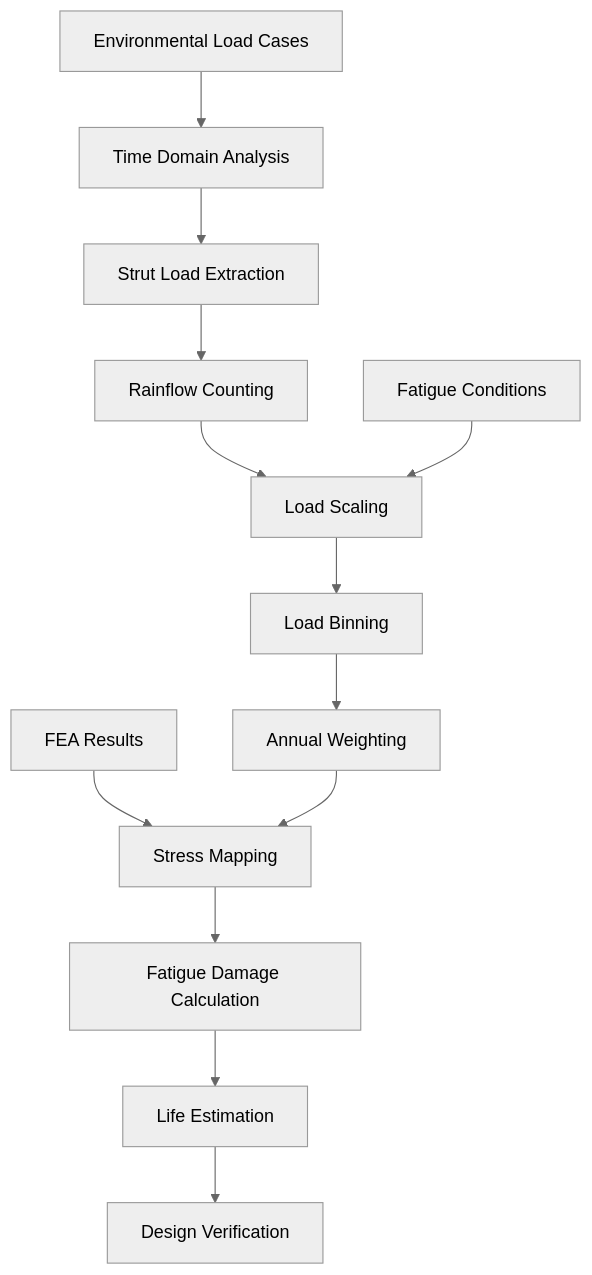
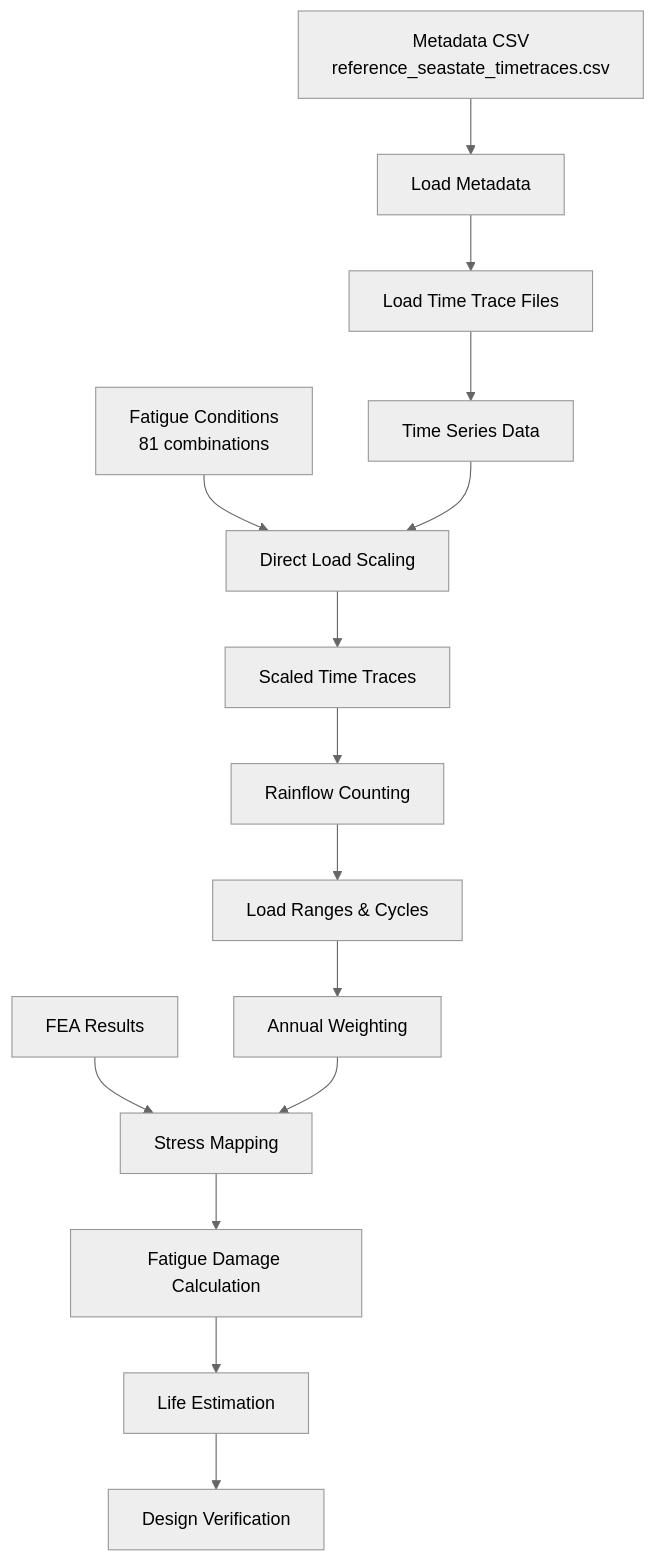
Before and after one commit to vamseeachanta/digitalmodel: the diagram in specs/modules/fatigue-analysis/strut-foundation-rainflow/spec.md, drawn with Mermaid (neutral theme). The commit also changed other lines of this file and 9 other files, not shown here.

First line of the commit message:
feat: Add strut foundation fatigue analysis spec with rainflow counting

````diff
--- a/specs/modules/fatigue-analysis/strut-foundation-rainflow/spec.md
+++ b/specs/modules/fatigue-analysis/strut-foundation-rainflow/spec.md
@@ -52,15 +100,17 @@
 ```mermaid
 graph TB
-    A[Environmental Load Cases] --> B[Time Domain Analysis]
-    B --> C[Strut Load Extraction]
-    C --> D[Rainflow Counting]
-    D --> E[Load Scaling]
-    F[Fatigue Conditions] --> E
-    E --> G[Load Binning]
-    G --> H[Annual Weighting]
-    I[FEA Results] --> J[Stress Mapping]
-    H --> J
-    J --> K[Fatigue Damage Calculation]
-    K --> L[Life Estimation]
-    L --> M[Design Verification]
+    A[Metadata CSV<br/>reference_seastate_timetraces.csv] --> B[Load Metadata]
+    B --> C[Load Time Trace Files]
+    C --> D[Time Series Data]
+    E[Fatigue Conditions<br/>81 combinations] --> F[Direct Load Scaling]
+    D --> F
+    F --> G[Scaled Time Traces]
+    G --> H[Rainflow Counting]
+    H --> I[Load Ranges & Cycles]
+    I --> J[Annual Weighting]
+    K[FEA Results] --> L[Stress Mapping]
+    J --> L
+    L --> M[Fatigue Damage Calculation]
+    M --> N[Life Estimation]
+    N --> O[Design Verification]
 ```
````
